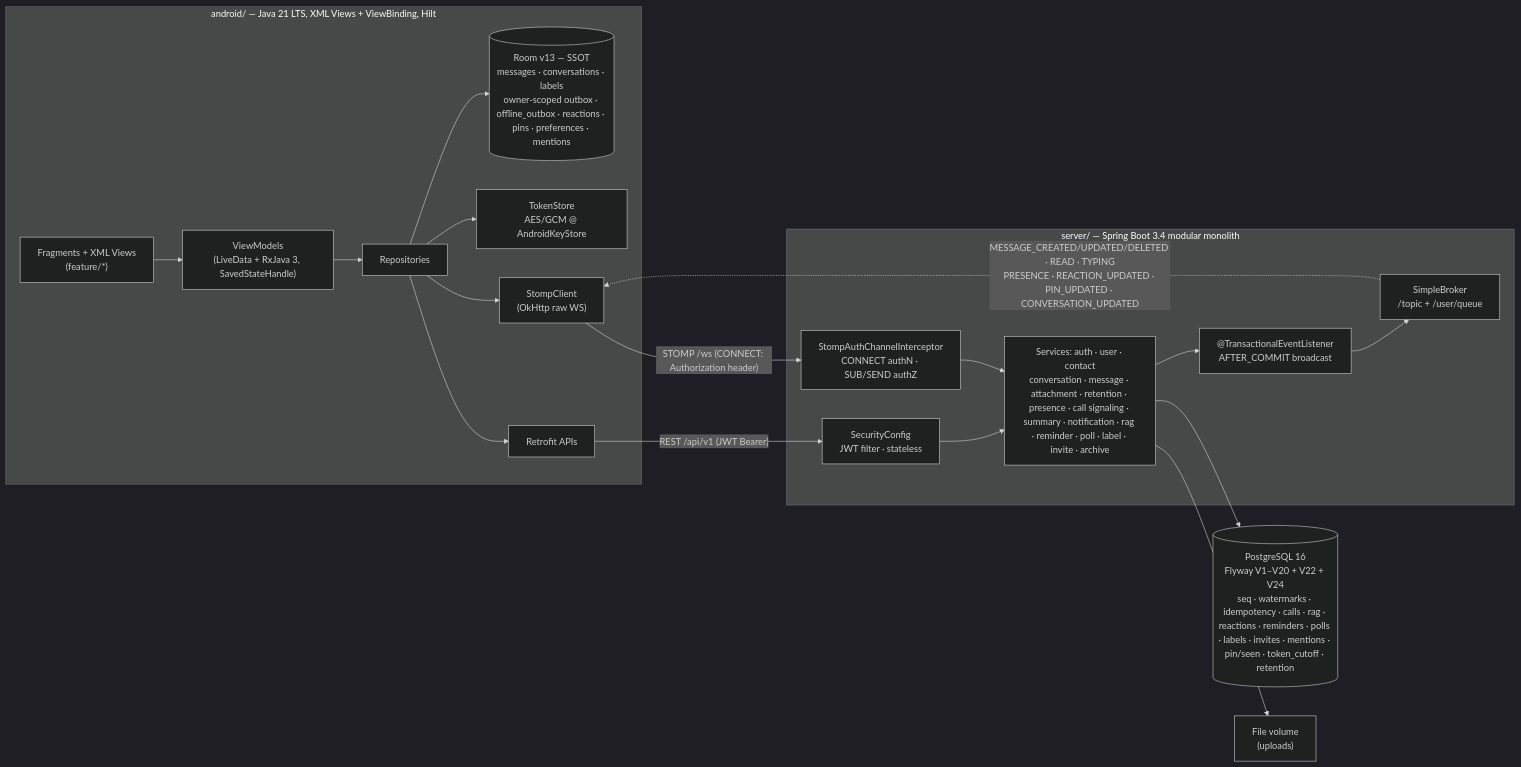
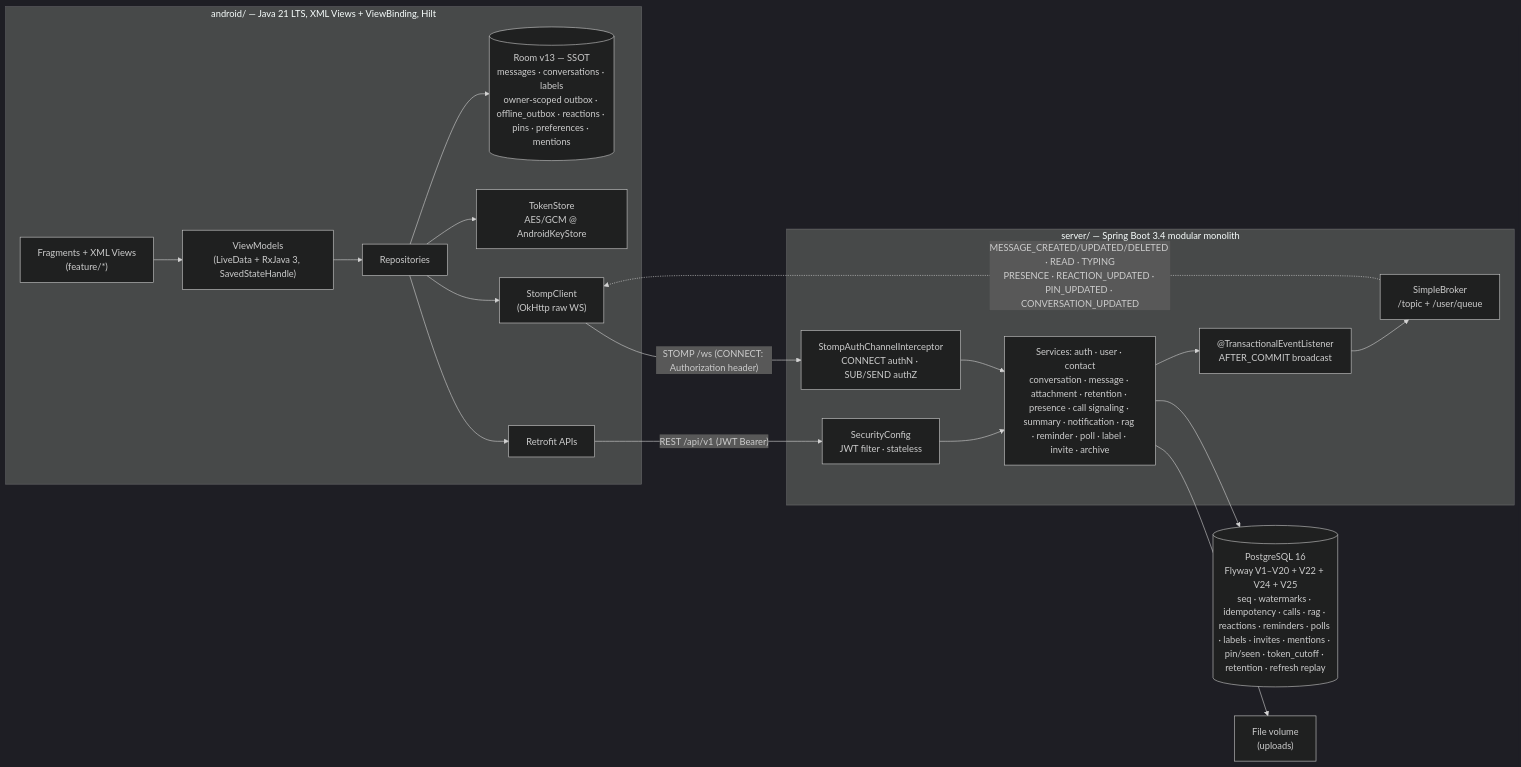
Before and after one commit to JasonTM17/Nexachat_AppJ: the diagram in README.md, drawn with Mermaid (dark theme). The commit also changed other lines of this file and 25 other files, not shown here.

Commit message:
fix(auth): harden refresh replay and cutoff behavior

````diff
--- a/README.md
+++ b/README.md
@@ -111,29 +111,29 @@
 ```mermaid
 flowchart LR
     subgraph Android["android/ — Java 21 LTS, XML Views + ViewBinding, Hilt"]
         UI["Fragments + XML Views<br/>(feature/*)"] --> VM["ViewModels<br/>(LiveData + RxJava 3, SavedStateHandle)"]
         VM --> REPO["Repositories"]
         REPO --> ROOM[("Room v13 — SSOT<br/>messages · conversations · labels<br/>owner-scoped outbox · offline_outbox · reactions · pins · preferences · mentions")]
         REPO --> TS["TokenStore<br/>AES/GCM @ AndroidKeyStore"]
         REPO --> ST["StompClient<br/>(OkHttp raw WS)"]
         REPO --> RT["Retrofit APIs"]
     end
 
     subgraph Server["server/ — Spring Boot 3.4 modular monolith"]
         SEC["SecurityConfig<br/>JWT filter · stateless"]
         INT["StompAuthChannelInterceptor<br/>CONNECT authN · SUB/SEND authZ"]
         SVC["Services: auth · user · contact<br/>conversation · message · attachment · retention · presence · call signaling · summary · notification · rag · reminder · poll · label · invite · archive"]
         EVT["@TransactionalEventListener<br/>AFTER_COMMIT broadcast"]
         BR["SimpleBroker<br/>/topic + /user/queue"]
     end
 
-    DB[("PostgreSQL 16<br/>Flyway V1–V20 + V22 + V24<br/>seq · watermarks · idempotency · calls · rag · reactions · reminders · polls · labels · invites · mentions · pin/seen · token_cutoff · retention")]
+    DB[("PostgreSQL 16<br/>Flyway V1–V20 + V22 + V24 + V25<br/>seq · watermarks · idempotency · calls · rag · reactions · reminders · polls · labels · invites · mentions · pin/seen · token_cutoff · retention · refresh replay")]
     FS["File volume<br/>(uploads)"]
 
     RT -- "REST /api/v1 (JWT Bearer)" --> SEC --> SVC
     ST -- "STOMP /ws (CONNECT: Authorization header)" --> INT --> SVC
     SVC --> DB
     SVC --> FS
     SVC --> EVT --> BR
     BR -. "MESSAGE_CREATED/UPDATED/DELETED · READ · TYPING<br/>PRESENCE · REACTION_UPDATED · PIN_UPDATED · CONVERSATION_UPDATED" .-> ST
 ```
````
